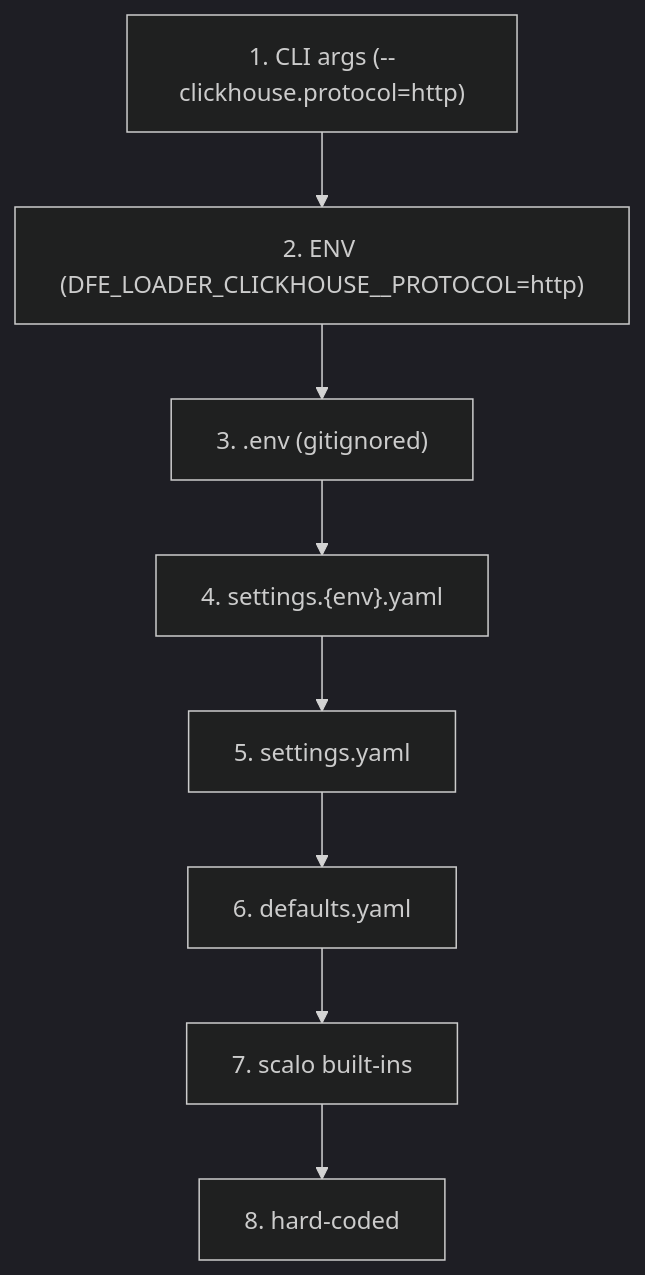
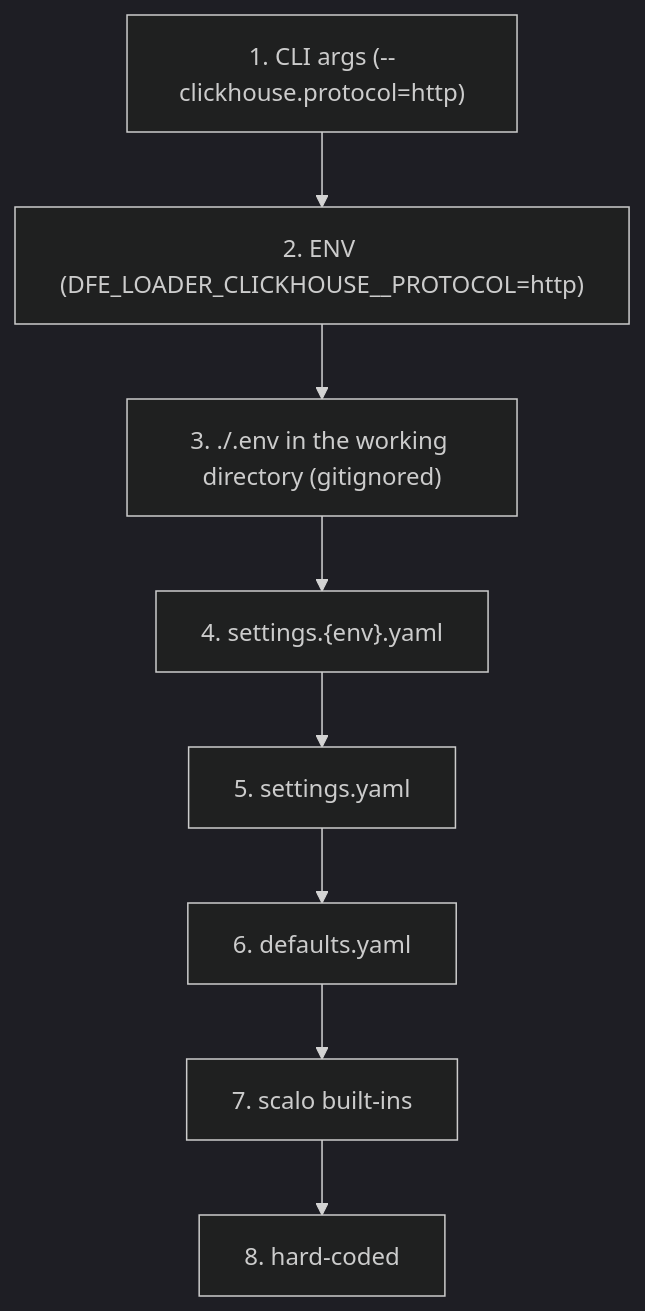
One commit to hyperi-io/dfe-loader changed the diagram in docs/CONFIGURATION.md. Above: the diagram before and after it, drawn with Mermaid (dark theme). The commit also changed other lines of this file and 30 other files, not shown here.

First line of the commit message:
fix: emit contract v4 and drop the committed chart (#243)

````diff
--- a/docs/CONFIGURATION.md
+++ b/docs/CONFIGURATION.md
@@ -16,12 +16,12 @@
 ```mermaid
 flowchart TB
     CLI["1. CLI args (--clickhouse.protocol=http)"]
     ENV["2. ENV (DFE_LOADER_CLICKHOUSE__PROTOCOL=http)"]
-    DOTENV["3. .env (gitignored)"]
+    DOTENV["3. ./.env in the working directory (gitignored)"]
     ENVYAML["4. settings.{env}.yaml"]
     YAML["5. settings.yaml"]
     DEF["6. defaults.yaml"]
     LIB["7. scalo built-ins"]
     HARD["8. hard-coded"]
     CLI --> ENV --> DOTENV --> ENVYAML --> YAML --> DEF --> LIB --> HARD
 ```
````
